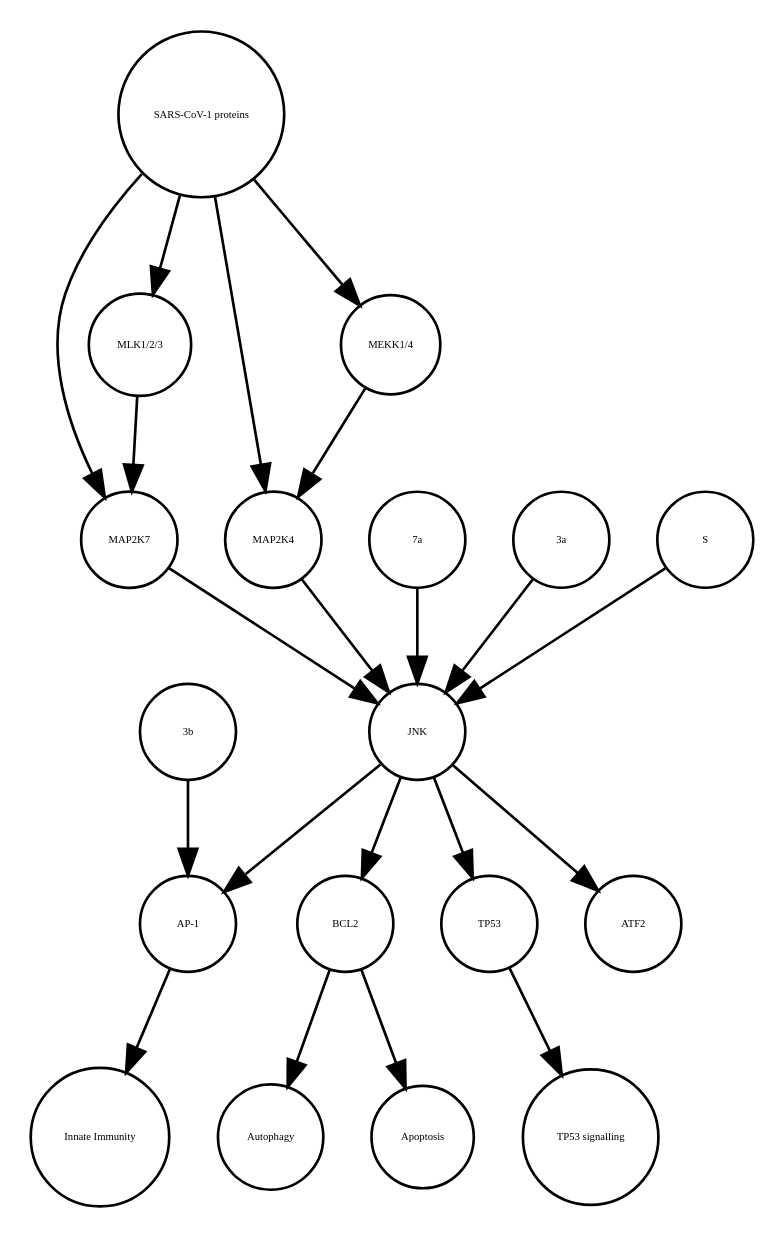
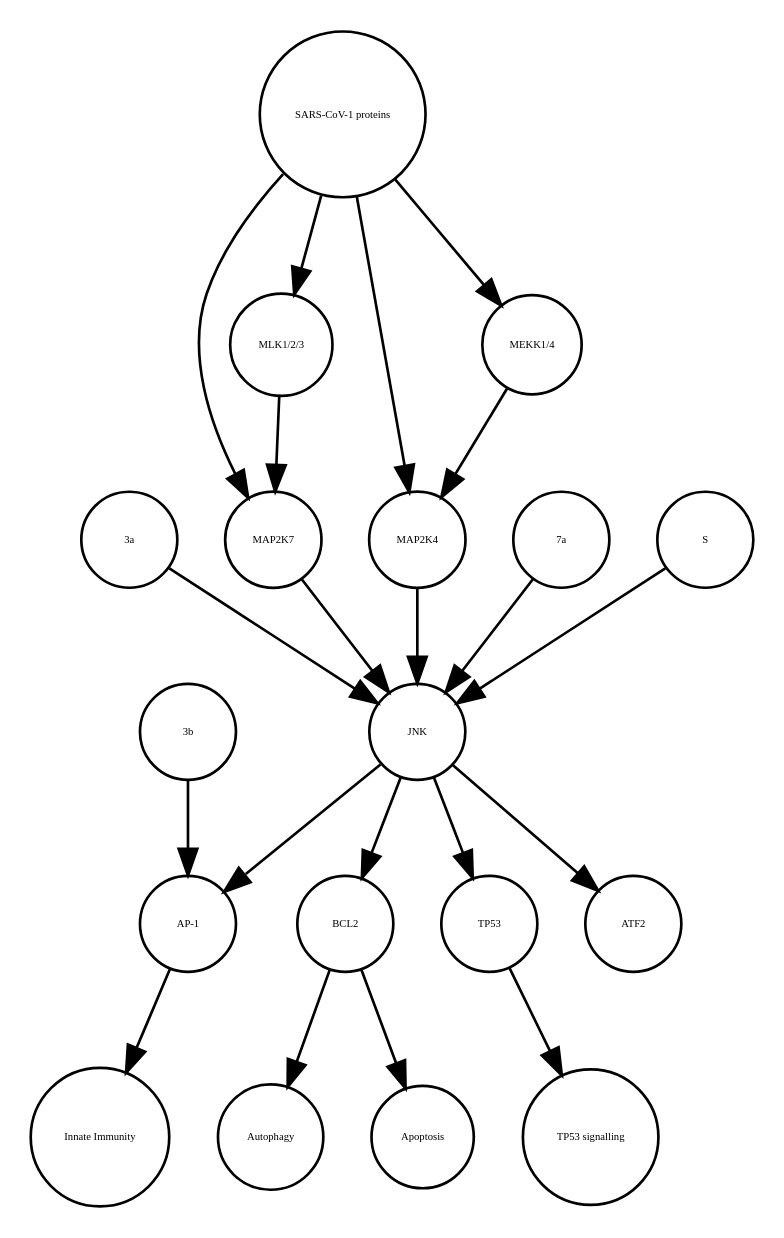
Before and after one commit to cannin/covid19-sbgn: the diagram in JNK_pathway_stable.xml_projected.dot, drawn with Graphviz. The commit also changed other lines of this file and 572 other files, not shown here.

```diff
--- a/JNK_pathway_stable.xml_projected.dot
+++ b/JNK_pathway_stable.xml_projected.dot
@@ -1,40 +1,40 @@
 strict digraph  {
 BCL2 [annotation=urn_miriam_ncbigene_596, bipartite=0, cls=macromolecule, fontsize=4, label=BCL2, shape=circle];
 Autophagy [annotation="urn_miriam_obo.go_GO%3A0006914", bipartite=0, cls=phenotype, fontsize=4, label=Autophagy, shape=circle];
 "AP-1" [annotation="", bipartite=0, cls=complex, fontsize=4, label="AP-1", shape=circle];
 "Innate Immunity" [annotation="urn_miriam_obo.go_GO%3A0045087", bipartite=0, cls=phenotype, fontsize=4, label="Innate Immunity", shape=circle];
 TP53 [annotation=urn_miriam_ncbigene_7157, bipartite=0, cls=macromolecule, fontsize=4, label=TP53, shape=circle];
 "TP53 signalling" [annotation="urn_miriam_obo.go_GO%3A0072331", bipartite=0, cls=phenotype, fontsize=4, label="TP53 signalling", shape=circle];
 Apoptosis [annotation="urn_miriam_obo.go_GO%3A0006915", bipartite=0, cls=phenotype, fontsize=4, label=Apoptosis, shape=circle];
+"3a" [annotation="", bipartite=0, cls=macromolecule, fontsize=4, label="3a", shape=circle];
 "3b" [annotation="", bipartite=0, cls=macromolecule, fontsize=4, label="3b", shape=circle];
+ATF2 [annotation=urn_miriam_ncbigene_1386, bipartite=0, cls=macromolecule, fontsize=4, label=ATF2, shape=circle];
+JNK [annotation="", bipartite=0, cls=complex, fontsize=4, label=JNK, shape=circle];
+"SARS-CoV-1 proteins" [annotation="", bipartite=0, cls=complex, fontsize=4, label="SARS-CoV-1 proteins", shape=circle];
 MAP2K7 [annotation=urn_miriam_ncbigene_5609, bipartite=0, cls=macromolecule, fontsize=4, label=MAP2K7, shape=circle];
-"MLK1/2/3" [annotation="", bipartite=0, cls=complex, fontsize=4, label="MLK1/2/3", shape=circle];
-"SARS-CoV-1 proteins" [annotation="", bipartite=0, cls=complex, fontsize=4, label="SARS-CoV-1 proteins", shape=circle];
 MAP2K4 [annotation=urn_miriam_ncbigene_6416, bipartite=0, cls=macromolecule, fontsize=4, label=MAP2K4, shape=circle];
 "7a" [annotation="", bipartite=0, cls=macromolecule, fontsize=4, label="7a", shape=circle];
-"3a" [annotation="", bipartite=0, cls=macromolecule, fontsize=4, label="3a", shape=circle];
+"MLK1/2/3" [annotation="", bipartite=0, cls=complex, fontsize=4, label="MLK1/2/3", shape=circle];
 "MEKK1/4" [annotation="", bipartite=0, cls=complex, fontsize=4, label="MEKK1/4", shape=circle];
-ATF2 [annotation=urn_miriam_ncbigene_1386, bipartite=0, cls=macromolecule, fontsize=4, label=ATF2, shape=circle];
 S [annotation="", bipartite=0, cls=macromolecule, fontsize=4, label=S, shape=circle];
-JNK [annotation="", bipartite=0, cls=complex, fontsize=4, label=JNK, shape=circle];
 BCL2 -> Autophagy  [annotation="", interaction_type="necessary stimulation"];
 BCL2 -> Apoptosis  [annotation="", interaction_type=inhibition];
 "AP-1" -> "Innate Immunity"  [annotation="", interaction_type="necessary stimulation"];
 TP53 -> "TP53 signalling"  [annotation="", interaction_type="necessary stimulation"];
+"3a" -> JNK  [annotation="urn_miriam_pubmed_17141229|urn_miriam_taxonomy_694009|urn_miriam_taxonomy_392815", interaction_type=stimulation];
 "3b" -> "AP-1"  [annotation="urn_miriam_pubmed_21561061|urn_miriam_taxonomy_694009", interaction_type=stimulation];
-MAP2K7 -> JNK  [annotation="urn_miriam_pubmed_17141229|urn_miriam_taxonomy_694009|urn_miriam_taxonomy_392815", interaction_type=stimulation];
-"MLK1/2/3" -> MAP2K7  [annotation="urn_miriam_pubmed_31226023|urn_miriam_taxonomy_694009|urn_miriam_taxonomy_392815", interaction_type=stimulation];
-"SARS-CoV-1 proteins" -> "MEKK1/4"  [annotation="urn_miriam_pubmed_31226023|urn_miriam_taxonomy_694009|urn_miriam_taxonomy_392815", interaction_type=stimulation];
-"SARS-CoV-1 proteins" -> MAP2K7  [annotation="urn_miriam_pubmed_31226023|urn_miriam_taxonomy_694009|urn_miriam_taxonomy_392815", interaction_type=stimulation];
-"SARS-CoV-1 proteins" -> MAP2K4  [annotation="urn_miriam_pubmed_31226023|urn_miriam_taxonomy_694009|urn_miriam_taxonomy_392815", interaction_type=stimulation];
-"SARS-CoV-1 proteins" -> "MLK1/2/3"  [annotation="urn_miriam_taxonomy_694009|urn_miriam_pubmed_31226023|urn_miriam_taxonomy_392815", interaction_type=stimulation];
-MAP2K4 -> JNK  [annotation="urn_miriam_pubmed_17141229|urn_miriam_taxonomy_694009|urn_miriam_taxonomy_392815", interaction_type=stimulation];
-"7a" -> JNK  [annotation="urn_miriam_pubmed_17141229|urn_miriam_taxonomy_694009|urn_miriam_taxonomy_392815", interaction_type=stimulation];
-"3a" -> JNK  [annotation="urn_miriam_pubmed_17141229|urn_miriam_taxonomy_694009|urn_miriam_taxonomy_392815", interaction_type=stimulation];
-"MEKK1/4" -> MAP2K4  [annotation="urn_miriam_pubmed_31226023|urn_miriam_taxonomy_694009|urn_miriam_taxonomy_392815", interaction_type=stimulation];
-S -> JNK  [annotation="urn_miriam_pubmed_17267381|urn_miriam_taxonomy_694009|urn_miriam_taxonomy_392815", interaction_type=stimulation];
 JNK -> ATF2  [annotation=urn_miriam_pubmed_7824938, interaction_type=stimulation];
 JNK -> "AP-1"  [annotation="urn_miriam_pubmed_21561061|urn_miriam_taxonomy_694009", interaction_type=stimulation];
 JNK -> TP53  [annotation=urn_miriam_pubmed_9724739, interaction_type=stimulation];
 JNK -> BCL2  [annotation=urn_miriam_pubmed_10567572, interaction_type=stimulation];
+"SARS-CoV-1 proteins" -> MAP2K4  [annotation="urn_miriam_pubmed_31226023|urn_miriam_taxonomy_694009|urn_miriam_taxonomy_392815", interaction_type=stimulation];
+"SARS-CoV-1 proteins" -> "MEKK1/4"  [annotation="urn_miriam_pubmed_31226023|urn_miriam_taxonomy_694009|urn_miriam_taxonomy_392815", interaction_type=stimulation];
+"SARS-CoV-1 proteins" -> "MLK1/2/3"  [annotation="urn_miriam_taxonomy_694009|urn_miriam_pubmed_31226023|urn_miriam_taxonomy_392815", interaction_type=stimulation];
+"SARS-CoV-1 proteins" -> MAP2K7  [annotation="urn_miriam_pubmed_31226023|urn_miriam_taxonomy_694009|urn_miriam_taxonomy_392815", interaction_type=stimulation];
+MAP2K7 -> JNK  [annotation="urn_miriam_pubmed_17141229|urn_miriam_taxonomy_694009|urn_miriam_taxonomy_392815", interaction_type=stimulation];
+MAP2K4 -> JNK  [annotation="urn_miriam_pubmed_17141229|urn_miriam_taxonomy_694009|urn_miriam_taxonomy_392815", interaction_type=stimulation];
+"7a" -> JNK  [annotation="urn_miriam_pubmed_17141229|urn_miriam_taxonomy_694009|urn_miriam_taxonomy_392815", interaction_type=stimulation];
+"MLK1/2/3" -> MAP2K7  [annotation="urn_miriam_pubmed_31226023|urn_miriam_taxonomy_694009|urn_miriam_taxonomy_392815", interaction_type=stimulation];
+"MEKK1/4" -> MAP2K4  [annotation="urn_miriam_pubmed_31226023|urn_miriam_taxonomy_694009|urn_miriam_taxonomy_392815", interaction_type=stimulation];
+S -> JNK  [annotation="urn_miriam_pubmed_17267381|urn_miriam_taxonomy_694009|urn_miriam_taxonomy_392815", interaction_type=stimulation];
 }
```
